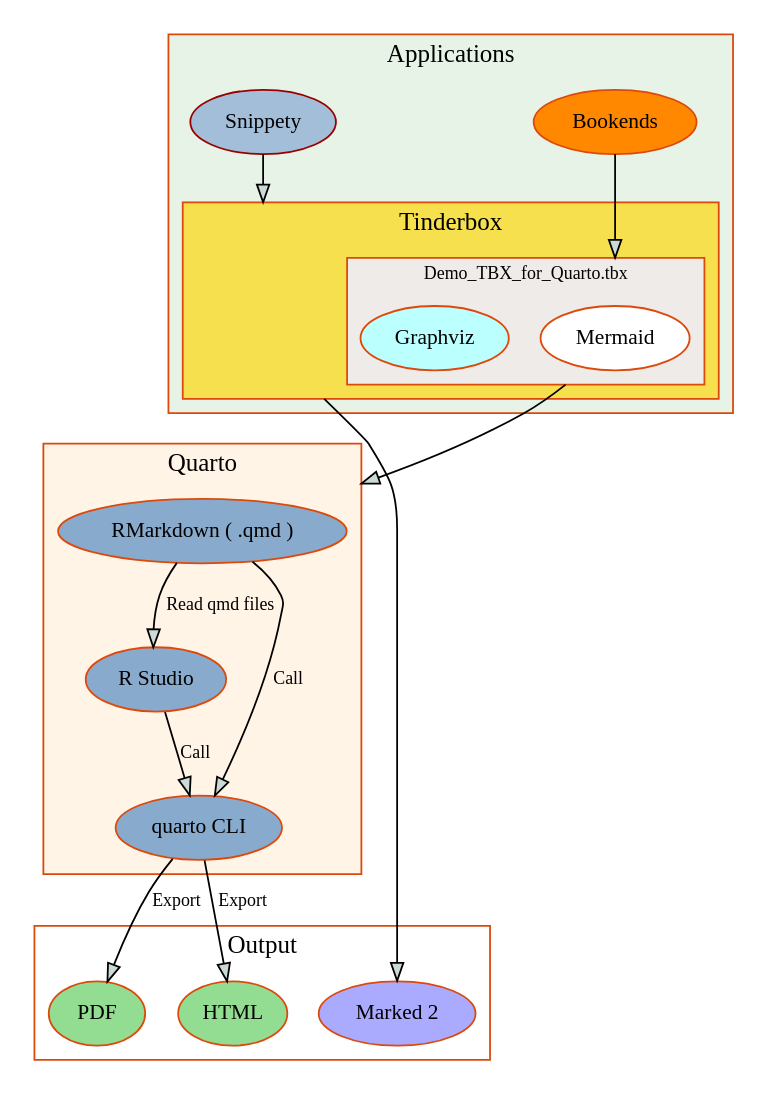
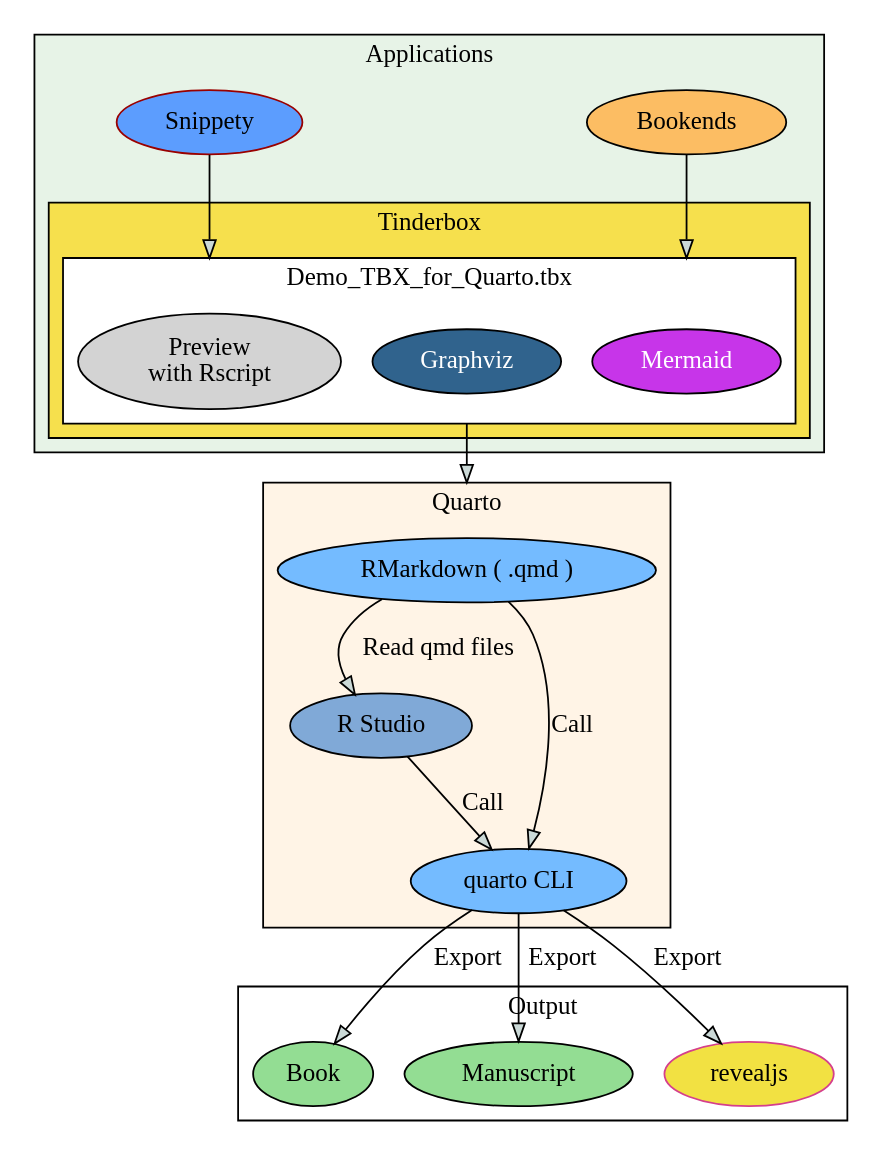
The first of 3 diagrams in README.md (fryagbye/tinderboxwithquarto), drawn with Graphviz before and after one commit. The commit also changed other lines of this file, not shown here.

````diff
--- a/README.md
+++ b/README.md
@@ -108,111 +27,87 @@
-```{dot} 
+```{dot}
 //| label: fig-workflow-graphviz
 //| fig-cap: Tinderbox Work Flow with Quarto. ( Graphviz version )
 //| fig-width: 5
 digraph {
-compound=true
-layout=dot
-  graph [    charset = "UTF-8";
-    splines = "spline",
-  ];
+    layout=dot
+    compound=true
+    graph [charset = "UTF-8" splines = "spline" ];
 subgraph cluster_A{
-        label="Applications"
-        spline="curved"
-        color="#dc490b"
-        penwidth="1"
-        style="filled"
-        fillcolor="#e7f3e7"
-        fontname="HiraginoSans-W4"
-        fontcolor="#000000"
-        fontsize="14"
+                label="Applications"
+                spline="curved"
+                color="#000000"
+                penwidth="1"
+                style="filled"
+                fillcolor="#e7f3e7"
+                fontcolor="#000000"
         A B 
 
         subgraph cluster_B{
-            label="Tinderbox"
-            spline="line"
-            color="#dc490b"
-            penwidth="1"
-            style="filled"
-            fillcolor="#f6e04d"
-            fontname="HiraginoSans-W4"
-            fontcolor="#000000"
-            fontsize="14"
-            URL="https://www.eastgate.com/Tinderbox/"
-                C 
+                    label="Tinderbox"
+                    color="#000000"
+                    penwidth="1"
+                    style="filled"
+                    fillcolor="#f6e04d"
+                    fontcolor="#000000"
+                    URL="https://www.eastgate.com/Tinderbox/"
+
 
         subgraph cluster_C{
-                label="Demo_TBX_for_Quarto.tbx"
-                spline="line"
-                color="#dc490b"
-                penwidth="1"
-                style="filled"
-                fillcolor="#eeebe9"
-                fontname="HiraginoSans-W4"
-                fontcolor="#000000"
-                fontsize="10"
-                URL="https://github.com/fryagbye/tinderboxwithquarto"
-                D E 
-        }
-        }
+                        label="Demo_TBX_for_Quarto.tbx"
+                        color="#000000"
+                        penwidth="1"
+                        style="filled"
+                        fillcolor="#ffffff"
+                        fontcolor="#000000"
+                        URL="https://github.com/fryagbye/tinderboxwithquarto"
+        C D E 
+}
+
+}
+
 }
 
 subgraph cluster_D{
-        label="Quarto"
-        spline="line"
-        color="#dc490b"
-        penwidth="1"
-        style="filled"
-        fillcolor="#fff4e6"
-        fontname="HiraginoSans-W4"
-        fontcolor="#000000"
-        fontsize="14"
+                label="Quarto"
+                color="#000000"
+                penwidth="1"
+                style="filled"
+                fillcolor="#fff4e6"
+                fontcolor="#000000"
         F G H 
 }
 
 subgraph cluster_E{
-        label="Output"
-        spline="line"
-        color="#dc490b"
-        penwidth="1"
-        style="filled"
-        fillcolor="#ffffff"
-        fontname="HiraginoSans-W4"
-        fontcolor="#000000"
-        fontsize="14"
+                label="Output"
+                color="#000000"
+                penwidth="1"
+                style="filled"
+                fillcolor="#ffffff"
+                fontcolor="#000000"
         I J K 
 }
 
 
-A [ style="filled"label="Bookends", colorscheme="Blues8", color="#dc490b", penwidth="1", fillcolor="#ff8800", fontname="HiraginoSans-W4", fontcolor="#000000", fontsize="12", URL="https://www.sonnysoftware.com/bookends-for-mac"]
+A [ style="filled"  label="Bookends" color="#000000", penwidth="1", fillcolor="#fcbd63", fontcolor="#000000", URL="https://www.sonnysoftware.com/bookends-for-mac"]
+B [ style="filled"  label="Snippety" color="#990000", penwidth="1", fillcolor="#5c9dfe", fontcolor="#000000", URL="https://snippety.app/"]
+C [ style="filled"  label="Mermaid" color="#000000", penwidth="1", fillcolor="#c735e9", fontcolor="#ffffff", URL="https://mermaid.js.org/"]
+D [ style="filled"  label="Graphviz" color="#000000", penwidth="1", fillcolor="#30638d", fontcolor="#ffffff", URL="https://graphviz.org/"]
+E [ style="filled"  label="Preview \nwith Rscript" ]
+F [ style="filled"  label="R Studio" color="#000000", penwidth="1", fillcolor="#80a9d7", fontcolor="#000000", URL="https://posit.co/products/open-source/rstudio/"]
+G [ style="filled"  label="RMarkdown ( .qmd )" color="#000000", penwidth="1", fillcolor="#74bbff", fontcolor="#000000"]
+H [ style="filled"  label="quarto CLI" color="#000000", penwidth="1", fillcolor="#74bbff", fontcolor="#000000", URL="https://quarto.org/"]
+I [ style="filled"  label="Book" color="#000000", penwidth="1", fillcolor="#93dd93", fontcolor="#000000"]
+J [ style="filled"  label="Manuscript" color="#000000", penwidth="1", fillcolor="#93dd93", fontcolor="#000000"]
+K [ style="filled"  label="revealjs" color="#d53f8c", penwidth="1", fillcolor="#f2e142", fontcolor="#000000"]
 
-B [ style="filled"label="Snippety", colorscheme="Blues8", color="#990000", penwidth="1", fillcolor="#a3bed9", fontname="HiraginoSans-W4", fontcolor="#000000", fontsize="12", URL="https://snippety.app/"]
-
-C [ style="invis"label="dummy", colorscheme="Blues8", color="#dc490b", penwidth="1", fillcolor="#ffffff", fontname="HiraginoSans-W4", fontcolor="#000000", fontsize="12"]
-
-D [ style="filled"label="Mermaid", colorscheme="Blues8", color="#dc490b", penwidth="1", fillcolor="#ffffff", fontname="HiraginoSans-W4", fontcolor="#000000", fontsize="12", URL="https://mermaid.js.org/"]
-
-E [ style="filled"label="Graphviz", colorscheme="Blues8", color="#dc490b", penwidth="1", fillcolor="#bcffff", fontname="HiraginoSans-W4", fontcolor="#000000", fontsize="12"]
-
-F [ style="filled"label="R Studio", colorscheme="Blues8", color="#dc490b", penwidth="1", fillcolor="#88aacc", fontname="HiraginoSans-W4", fontcolor="#000000", fontsize="12", URL="https://posit.co/products/open-source/rstudio/"]
-
-G [ style="filled"label="RMarkdown ( .qmd )", colorscheme="Blues8", color="#dc490b", penwidth="1", fillcolor="#88aacc", fontname="HiraginoSans-W4", fontcolor="#000000", fontsize="12"]
-
-H [ style="filled"label="quarto CLI", colorscheme="Blues8", color="#dc490b", penwidth="1", fillcolor="#88aacc", fontname="HiraginoSans-W4", fontcolor="#000000", fontsize="12", URL="https://quarto.org/"]
-
-I [ style="filled"label="PDF", colorscheme="Blues8", color="#dc490b", penwidth="1", fillcolor="#93dd93", fontname="HiraginoSans-W4", fontcolor="#000000", fontsize="12"]
-
-J [ style="filled"label="HTML", colorscheme="Blues8", color="#dc490b", penwidth="1", fillcolor="#93dd93", fontname="HiraginoSans-W4", fontcolor="#000000", fontsize="12"]
-
-K [ style="filled"label="Marked 2", colorscheme="Blues8", color="#dc490b", penwidth="1", fillcolor="#aaaaff", fontname="HiraginoSans-W4", fontcolor="#000000", fontsize="12", URL="https://marked2app.com/"]
-
-A -> D [fillcolor="#cbd9d7" fontname="HiraginoSans-W4" fontcolor="#000000" fontsize="10" labelfloat="false" lhead = "cluster_C" ltail = "cluster_A" ]
-B -> C [fillcolor="#cbd9d7" fontname="HiraginoSans-W4" fontcolor="#000000" fontsize="10" labelfloat="false" lhead = "cluster_B" ]
-C -> K [fillcolor="#cbd9d7" fontname="HiraginoSans-W4" fontcolor="#000000" fontsize="10" labelfloat="false" ltail = "cluster_B" ]
-D -> G [fillcolor="#cbd9d7" fontname="HiraginoSans-W4" fontcolor="#000000" fontsize="10" labelfloat="false" lhead = "cluster_D" ltail = "cluster_C" ]
-F -> H [label = "Call" fillcolor="#cbd9d7" fontname="HiraginoSans-W4" fontcolor="#000000" fontsize="10" labelfloat="false" ]
-G -> F [label = "Read qmd files" fillcolor="#cbd9d7" fontname="HiraginoSans-W4" fontcolor="#000000" fontsize="10" labelfloat="false" ]
-G -> H [label = "Call" fillcolor="#cbd9d7" fontname="HiraginoSans-W4" fontcolor="#000000" fontsize="10" labelfloat="false" ]
-H -> I [label = "Export" fillcolor="#cbd9d7" fontname="HiraginoSans-W4" fontcolor="#000000" fontsize="10" labelfloat="false" ]
-H -> J [label = "Export" fillcolor="#cbd9d7" fontname="HiraginoSans-W4" fontcolor="#000000" fontsize="10" labelfloat="false" ]
+A -> C [fillcolor="#cbd9d7" fontcolor="#000000" lhead = "cluster_C" ltail = "cluster_A" ]
+B -> E [fillcolor="#cbd9d7" fontcolor="#000000" lhead = "cluster_C" ]
+D -> G [fillcolor="#cbd9d7" fontcolor="#000000" lhead = "cluster_D" ltail = "cluster_C" ]
+F -> H [label = "Call" fillcolor="#cbd9d7" fontcolor="#000000" ]
+G -> F [label = "Read qmd files" fillcolor="#cbd9d7" fontcolor="#000000" ]
+G -> H [label = "Call" fillcolor="#cbd9d7" fontcolor="#000000" ]
+H -> I [label = "Export" fillcolor="#cbd9d7" fontcolor="#000000" ]
+H -> J [label = "Export" fillcolor="#cbd9d7" fontcolor="#000000" ]
+H -> K [label = "Export" fillcolor="#cbd9d7" fontcolor="#000000" ]
 }
 ```
````
